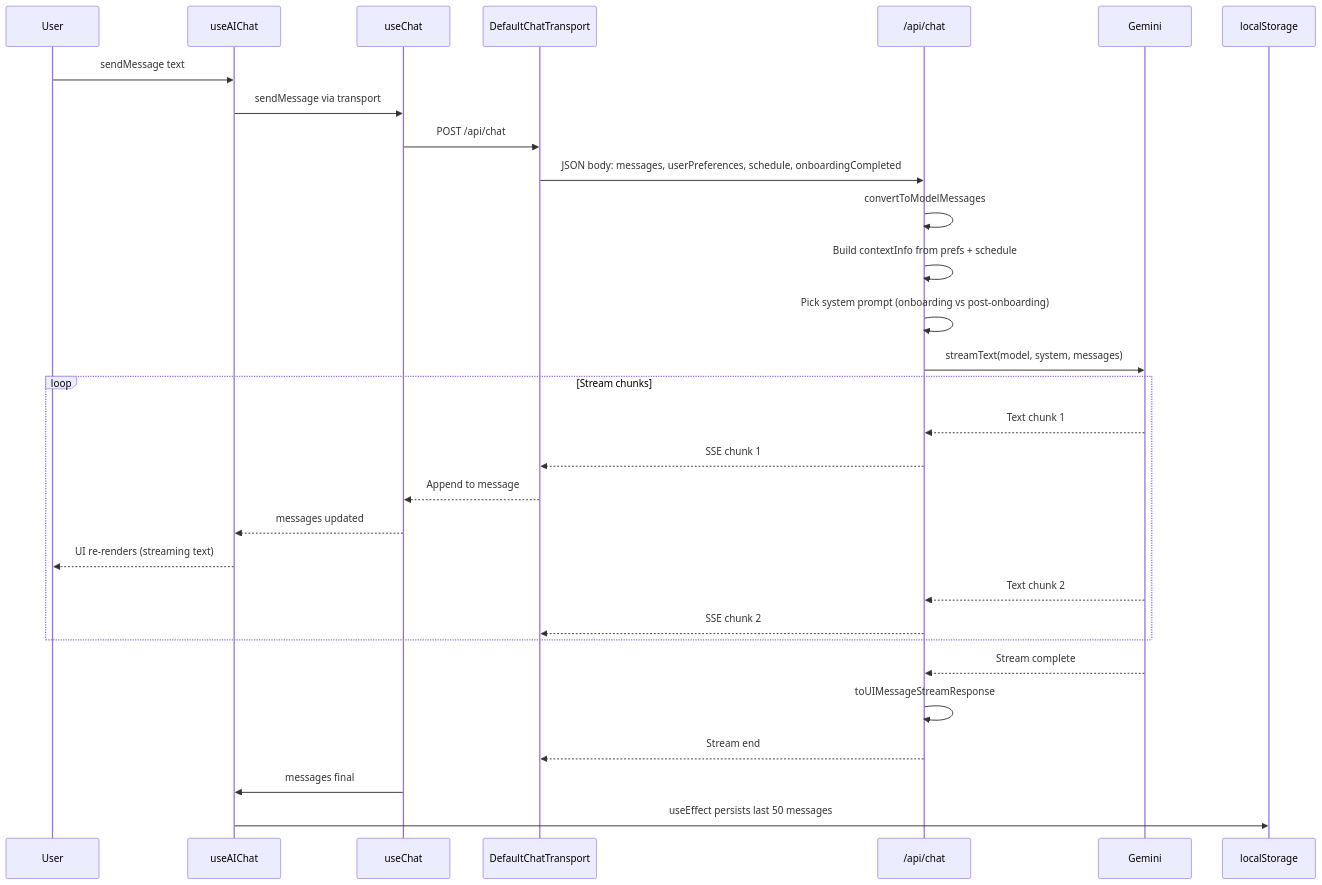
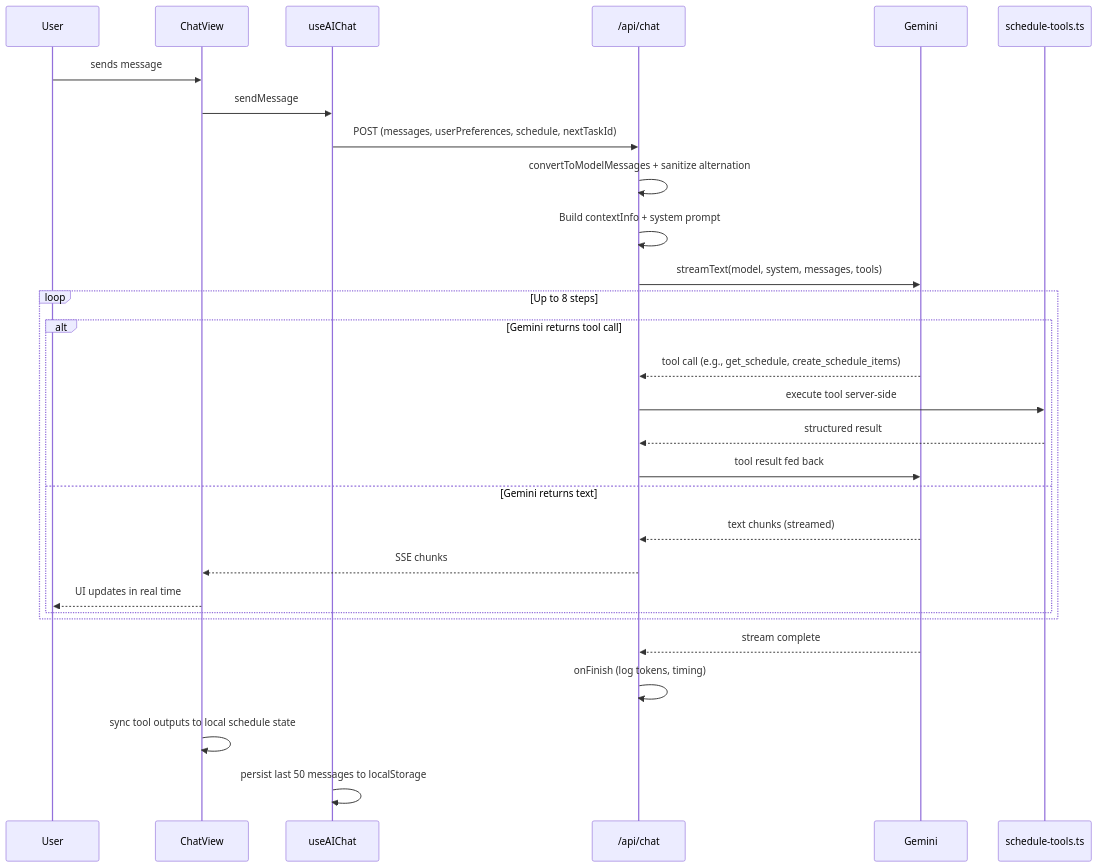
One commit to caikatz/v0-coug-scheduler changed the second of 4 diagrams in docs/architecture.md. Above: the diagram before and after it, drawn with Mermaid. The commit also changed other lines of this file and 3 other files, not shown here.

````diff
--- a/docs/architecture.md
+++ b/docs/architecture.md
@@ -134,37 +168,36 @@
 ```mermaid
 sequenceDiagram
     participant User
+    participant ChatView
     participant useAIChat
-    participant useChat
-    participant DefaultChatTransport
     participant API as /api/chat
     participant Gemini
-    participant localStorage
+    participant Tools as schedule-tools.ts
 
-    User->>useAIChat: sendMessage text
-    useAIChat->>useChat: sendMessage via transport
-    useChat->>DefaultChatTransport: POST /api/chat
-    DefaultChatTransport->>API: JSON body: messages, userPreferences, schedule, onboardingCompleted
+    User->>ChatView: sends message
+    ChatView->>useAIChat: sendMessage
+    useAIChat->>API: POST (messages, userPreferences, schedule, nextTaskId)
 
-    API->>API: convertToModelMessages
-    API->>API: Build contextInfo from prefs + schedule
-    API->>API: Pick system prompt (onboarding vs post-onboarding)
-    API->>Gemini: streamText(model, system, messages)
+    API->>API: convertToModelMessages + sanitize alternation
+    API->>API: Build contextInfo + system prompt
+    API->>Gemini: streamText(model, system, messages, tools)
 
-    loop Stream chunks
-        Gemini-->>API: Text chunk 1
-        API-->>DefaultChatTransport: SSE chunk 1
-        DefaultChatTransport-->>useChat: Append to message
-        useChat-->>useAIChat: messages updated
-        useAIChat-->>User: UI re-renders (streaming text)
-        Gemini-->>API: Text chunk 2
-        API-->>DefaultChatTransport: SSE chunk 2
+    loop Up to 8 steps
+        alt Gemini returns tool call
+            Gemini-->>API: tool call (e.g., get_schedule, create_schedule_items)
+            API->>Tools: execute tool server-side
+            Tools-->>API: structured result
+            API->>Gemini: tool result fed back
+        else Gemini returns text
+            Gemini-->>API: text chunks (streamed)
+            API-->>ChatView: SSE chunks
+            ChatView-->>User: UI updates in real time
+        end
     end
 
-    Gemini-->>API: Stream complete
-    API->>API: toUIMessageStreamResponse
-    API-->>DefaultChatTransport: Stream end
+    Gemini-->>API: stream complete
+    API->>API: onFinish (log tokens, timing)
 
-    useChat->>useAIChat: messages final
-    useAIChat->>localStorage: useEffect persists last 50 messages
+    ChatView->>ChatView: sync tool outputs to local schedule state
+    useAIChat->>useAIChat: persist last 50 messages to localStorage
 ```
````
